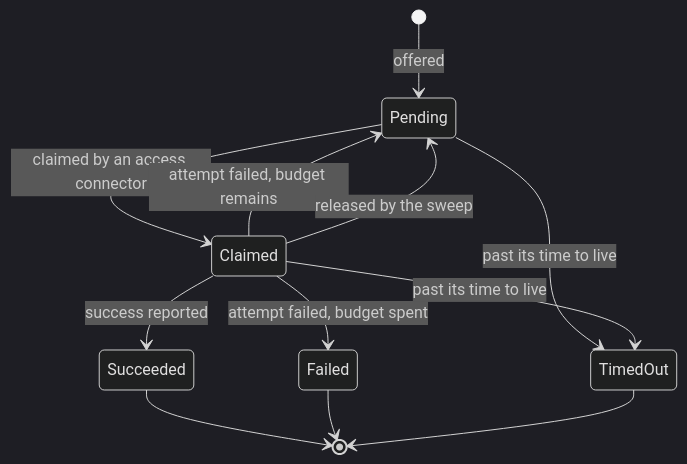
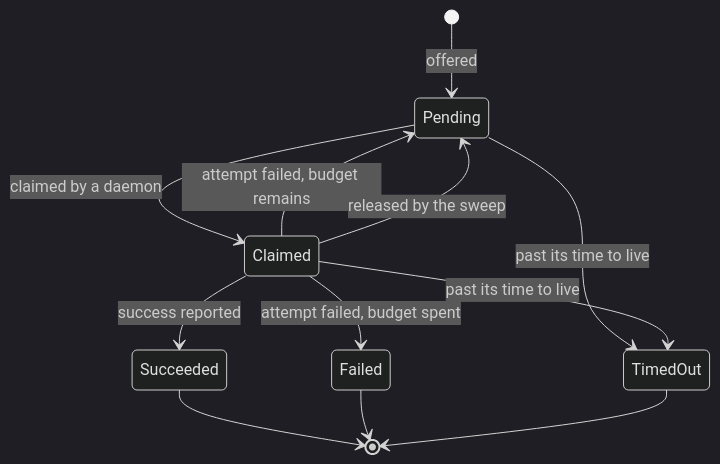
The first of 2 diagrams in bitwarden_license/src/Services/Pam/AccessConnector/docs/job-lifecycle.md (bitwarden/server), drawn with Mermaid (dark theme) before and after one commit. The commit also changed other lines of this file and 91 other files, not shown here.

````diff
--- a/bitwarden_license/src/Services/Pam/AccessConnector/docs/job-lifecycle.md
+++ b/bitwarden_license/src/Services/Pam/AccessConnector/docs/job-lifecycle.md
@@ -15,14 +14,14 @@
 ```mermaid
 stateDiagram-v2
     [*] --> Pending: offered
-    Pending --> Claimed: claimed by an access connector
+    Pending --> Claimed: claimed by a daemon
     Claimed --> Pending: attempt failed, budget remains
     Claimed --> Pending: released by the sweep
     Claimed --> Succeeded: success reported
     Claimed --> Failed: attempt failed, budget spent
     Pending --> TimedOut: past its time to live
     Claimed --> TimedOut: past its time to live
     Succeeded --> [*]
     Failed --> [*]
     TimedOut --> [*]
 ```
````
